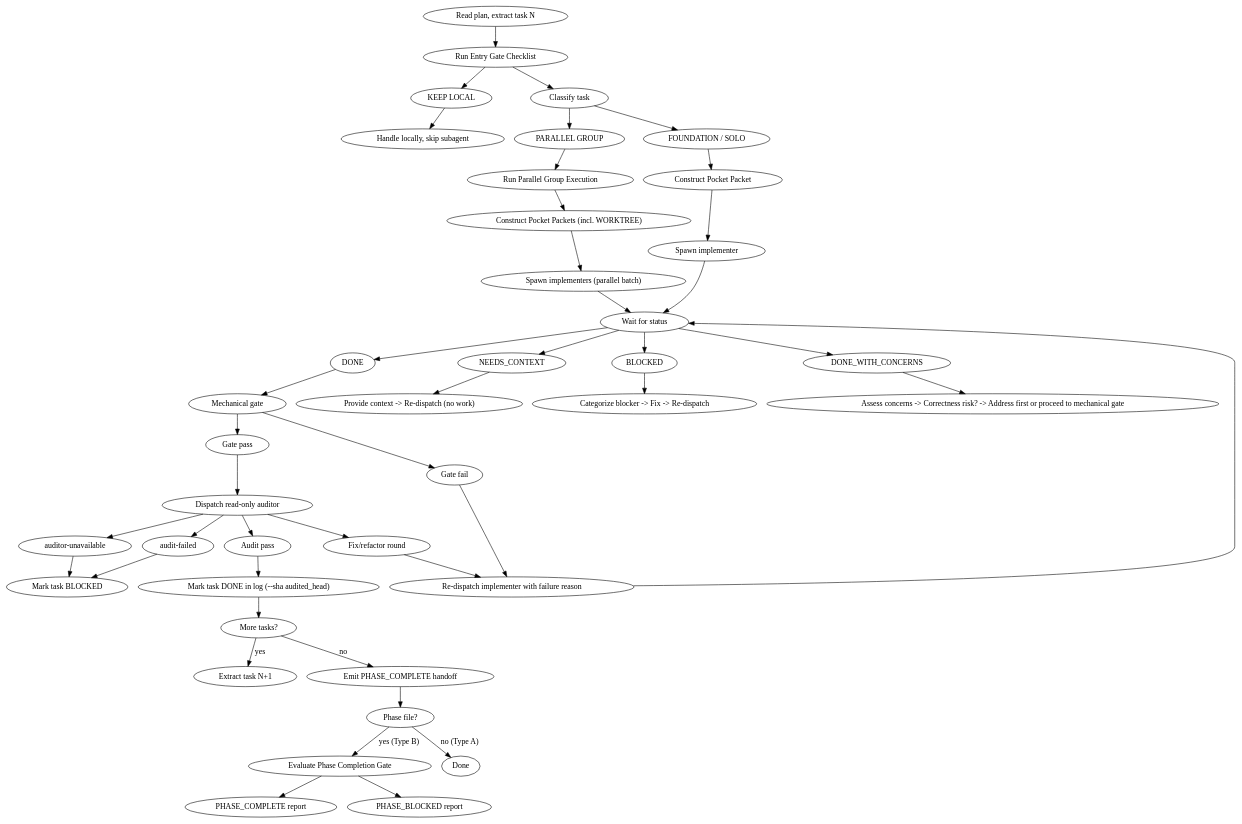
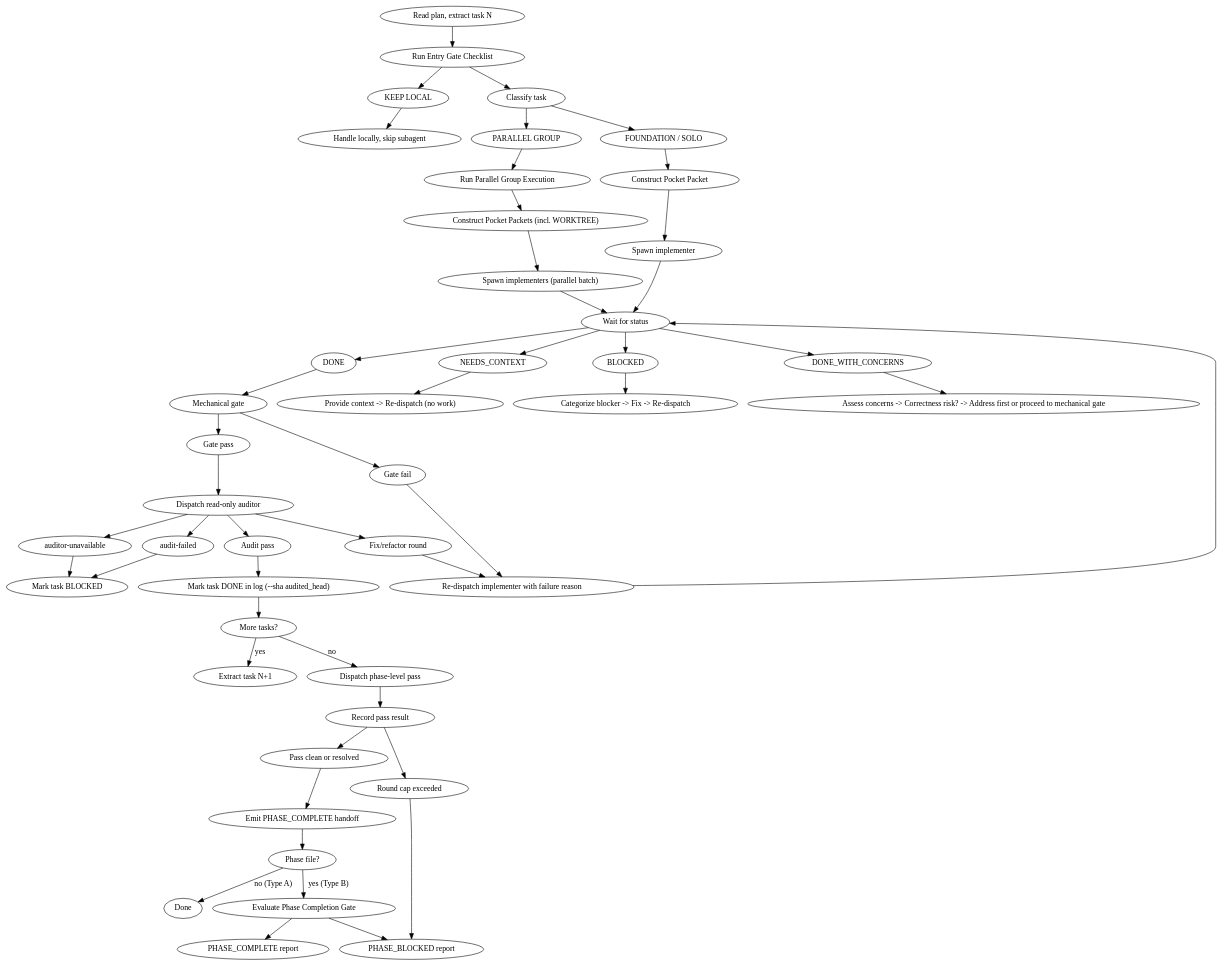
One commit to rfxlamia/pocketto changed the diagram in skills/pocket-development/SKILL.md. Above: the diagram before and after it, drawn with Graphviz. The commit also changed other lines of this file, not shown here.

First line of the commit message:
feat(pocket-development): run the phase pass and reporting at phase-completion

````diff
--- a/skills/pocket-development/SKILL.md
+++ b/skills/pocket-development/SKILL.md
@@ -317,42 +319,46 @@
 ```dot
 digraph pocket_process {
     rankdir=TB;
 
     "Read plan, extract task N" -> "Run Entry Gate Checklist";
     "Run Entry Gate Checklist" -> { "KEEP LOCAL" "Classify task" };
     "Classify task" -> { "FOUNDATION / SOLO" "PARALLEL GROUP" };
     "FOUNDATION / SOLO" -> "Construct Pocket Packet";
     "PARALLEL GROUP" -> "Run Parallel Group Execution";
     "Run Parallel Group Execution" -> "Construct Pocket Packets (incl. WORKTREE)";
     "Construct Pocket Packets (incl. WORKTREE)" -> "Spawn implementers (parallel batch)";
     "Spawn implementers (parallel batch)" -> "Wait for status";
     "KEEP LOCAL" -> "Handle locally, skip subagent";
     "Construct Pocket Packet" -> "Spawn implementer";
     "Spawn implementer" -> "Wait for status";
 
     "Wait for status" -> { "DONE" "NEEDS_CONTEXT" "BLOCKED" "DONE_WITH_CONCERNS" };
 
     "DONE" -> "Mechanical gate";
     "Mechanical gate" -> { "Gate pass" "Gate fail" };
     "Gate fail" -> "Re-dispatch implementer with failure reason";
     "Re-dispatch implementer with failure reason" -> "Wait for status";
     "Gate pass" -> "Dispatch read-only auditor";
     "Dispatch read-only auditor" -> { "Audit pass" "Fix/refactor round" "audit-failed" "auditor-unavailable" };
     "Fix/refactor round" -> "Re-dispatch implementer with failure reason";
     "Audit pass" -> "Mark task DONE in log (--sha audited_head)";
     "audit-failed" -> "Mark task BLOCKED";
     "auditor-unavailable" -> "Mark task BLOCKED";
 
     "NEEDS_CONTEXT" -> "Provide context -> Re-dispatch (no work)";
     "BLOCKED" -> "Categorize blocker -> Fix -> Re-dispatch";
     "DONE_WITH_CONCERNS" -> "Assess concerns -> Correctness risk? -> Address first or proceed to mechanical gate";
 
     "Mark task DONE in log (--sha audited_head)" -> "More tasks?";
     "More tasks?" -> "Extract task N+1" [label="yes"];
-    "More tasks?" -> "Emit PHASE_COMPLETE handoff" [label="no"];
+    "More tasks?" -> "Dispatch phase-level pass" [label="no"];
+    "Dispatch phase-level pass" -> "Record pass result";
+    "Record pass result" -> { "Pass clean or resolved" "Round cap exceeded" };
+    "Pass clean or resolved" -> "Emit PHASE_COMPLETE handoff";
+    "Round cap exceeded" -> "PHASE_BLOCKED report";
     "Emit PHASE_COMPLETE handoff" -> "Phase file?";
     "Phase file?" -> "Evaluate Phase Completion Gate" [label="yes (Type B)"];
     "Phase file?" -> "Done" [label="no (Type A)"];
     "Evaluate Phase Completion Gate" -> { "PHASE_COMPLETE report" "PHASE_BLOCKED report" };
 }
 ```
````
